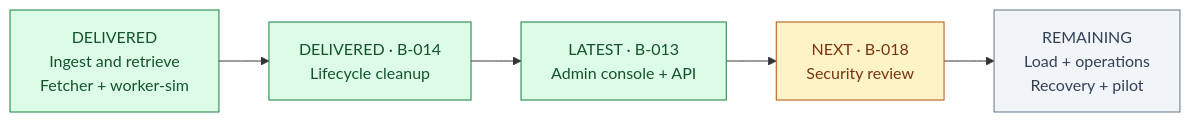
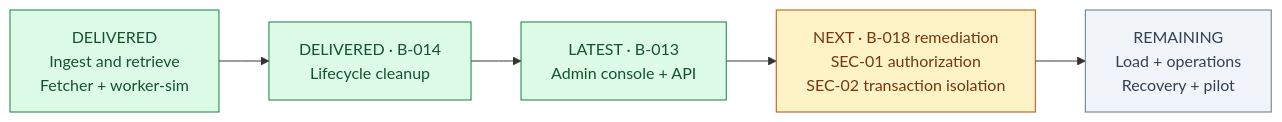
The second of 2 diagrams in docs/OVERVIEW.md (mezanno/prototype_cache), drawn with Mermaid before and after one commit. The commit also changed other lines of this file and 10 other files, not shown here.

````diff
--- a/docs/OVERVIEW.md
+++ b/docs/OVERVIEW.md
@@ -104,14 +104,14 @@
 ```mermaid
 flowchart LR
     core["DELIVERED<br/>Ingest and retrieve<br/>Fetcher + worker-sim"]
     lifecycle["DELIVERED · B-014<br/>Lifecycle cleanup"]
     admin["LATEST · B-013<br/>Admin console + API"]
-    security["NEXT · B-018<br/>Security review"]
+    security["NEXT · B-018 remediation<br/>SEC-01 authorization<br/>SEC-02 transaction isolation"]
     readiness["REMAINING<br/>Load + operations<br/>Recovery + pilot"]
     core --> lifecycle --> admin --> security --> readiness
     style core fill:#dcfce7,stroke:#15803d,color:#14532d
     style lifecycle fill:#dcfce7,stroke:#15803d,color:#14532d
     style admin fill:#dcfce7,stroke:#15803d,color:#14532d
     style security fill:#fef3c7,stroke:#b45309,color:#78350f
     style readiness fill:#f1f5f9,stroke:#64748b,color:#334155
 ```
````
